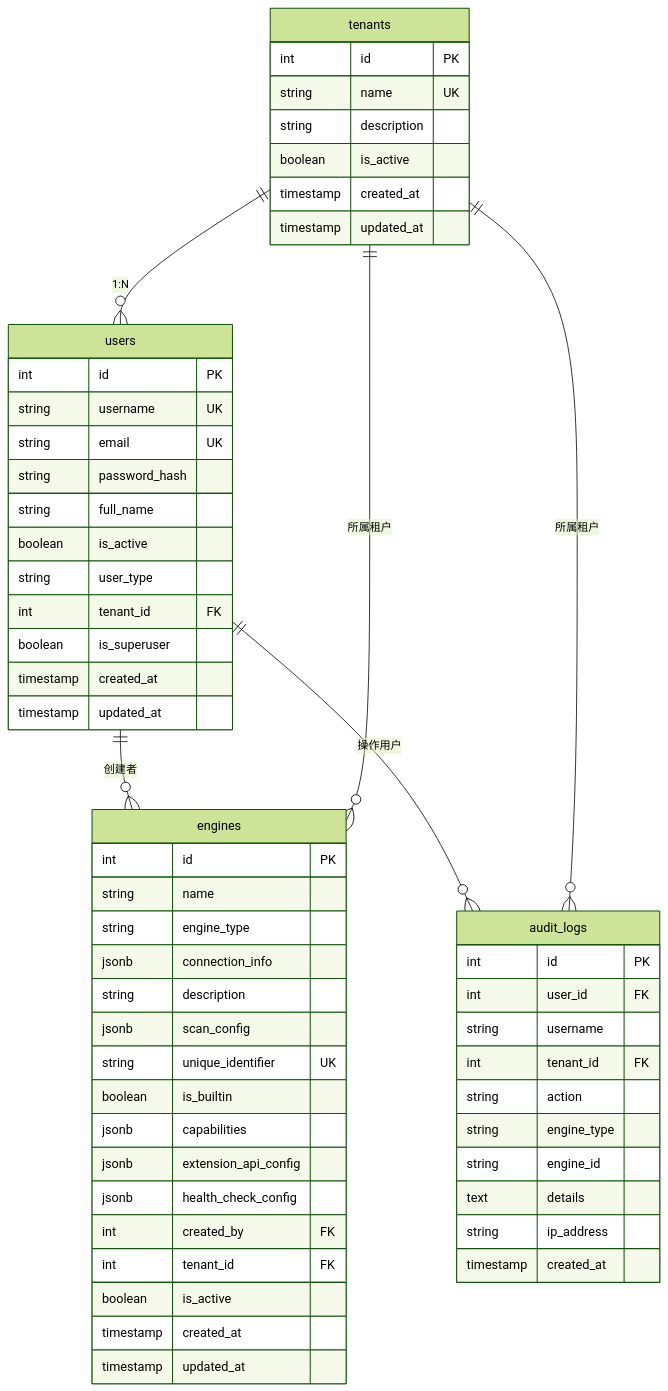
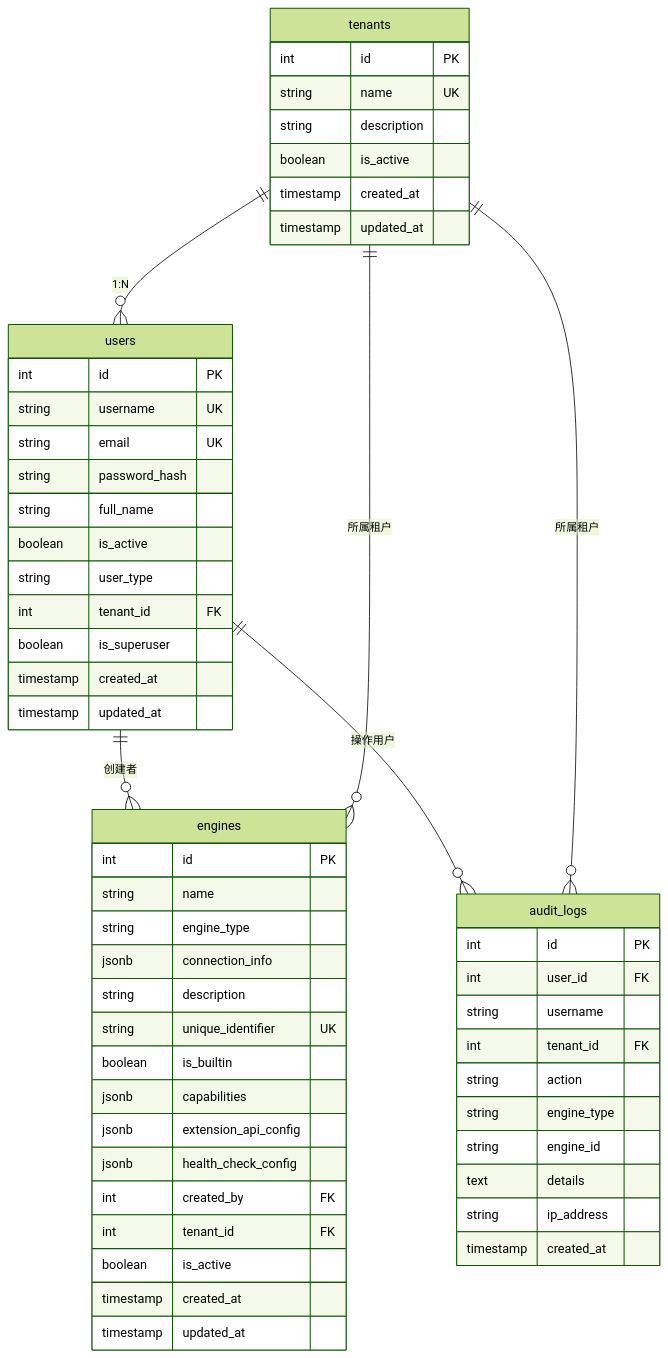
The diagram in system/docs/数据库架构.md (pampa0629/addp), drawn with Mermaid (forest theme) before and after one commit. The commit also changed other lines of this file and 151 other files, not shown here.

````diff
--- a/system/docs/数据库架构.md
+++ b/system/docs/数据库架构.md
@@ -31,63 +31,62 @@
 ```mermaid
 erDiagram
     tenants ||--o{ users : "1:N"
     users ||--o{ engines : "创建者"
     tenants ||--o{ engines : "所属租户"
     users ||--o{ audit_logs : "操作用户"
     tenants ||--o{ audit_logs : "所属租户"
 
     tenants {
         int id PK
         string name UK
         string description
         boolean is_active
         timestamp created_at
         timestamp updated_at
     }
 
     users {
         int id PK
         string username UK
         string email UK
         string password_hash
         string full_name
         boolean is_active
         string user_type
         int tenant_id FK
         boolean is_superuser
         timestamp created_at
         timestamp updated_at
     }
 
     engines {
         int id PK
         string name
         string engine_type
         jsonb connection_info
         string description
-        jsonb scan_config
         string unique_identifier UK
         boolean is_builtin
         jsonb capabilities
         jsonb extension_api_config
         jsonb health_check_config
         int created_by FK
         int tenant_id FK
         boolean is_active
         timestamp created_at
         timestamp updated_at
     }
 
     audit_logs {
         int id PK
         int user_id FK
         string username
         int tenant_id FK
         string action
         string engine_type
         string engine_id
         text details
         string ip_address
         timestamp created_at
     }
 ```
````
